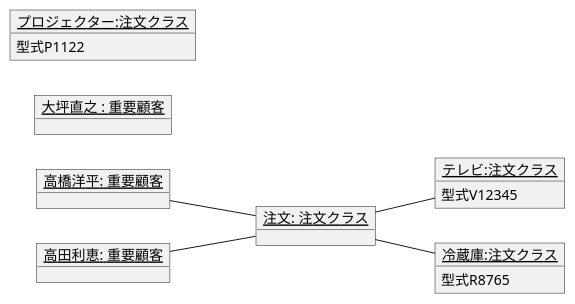
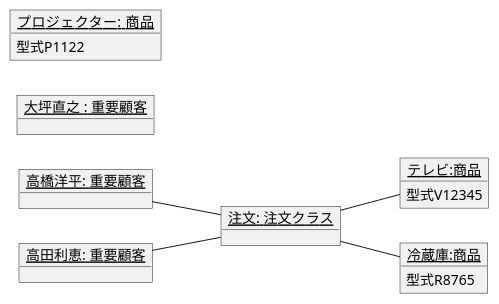
The diagram in 演習3-7_OBJ_注文のオブジェクト図.pu (itouayumu/uml-introduction-), drawn with PlantUML before and after one commit.

Commit message:
修正しました

```diff
--- a/演習3-7_OBJ_注文のオブジェクト図.pu
+++ b/演習3-7_OBJ_注文のオブジェクト図.pu
@@ -1,30 +1,30 @@
 @startuml
 left to right direction
 object "<u>高橋洋平: 重要顧客</u>" as k0 {
 
 }
 
 object "<u>注文: 注文クラス</u>" as k6{
 }
 object "<u>高田利恵: 重要顧客</u>" as k1 {
 
 }
 object "<u>大坪直之 : 重要顧客</u>" as k2{
 
 }
-object "<u>テレビ:注文クラス</u>" as k3{
+object "<u>テレビ:商品</u>" as k3{
     型式V12345   
 }
-object "<u>冷蔵庫:注文クラス</u>" as k4{   
+object "<u>冷蔵庫:商品</u>" as k4{   
     型式R8765
 }
-object "<u>プロジェクター:注文クラス</u>" as k5{   
+object "<u>プロジェクター:  商品</u>" as k5{   
     型式P1122
 }
 
 
 k0--k6
 k1--k6
 k6--k3
 k6--k4
 @enduml
```
